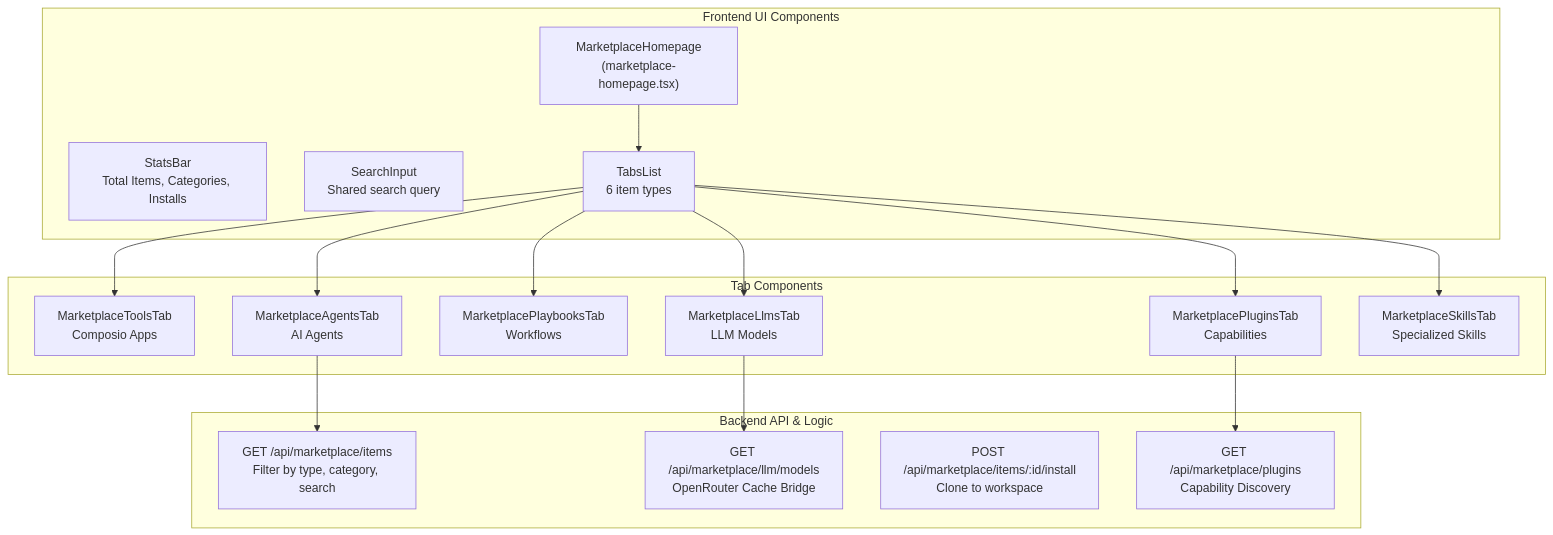
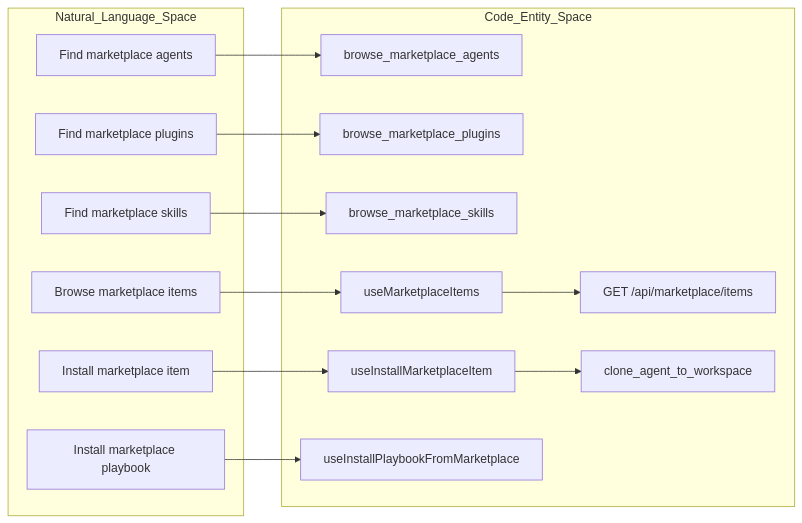
One commit to AutomatosAI/automatos-ai changed the first of 2 diagrams in docs/community-marketplace/browsing-installing-items.md. Above: the diagram before and after it, drawn with Mermaid. The commit also changed other lines of this file and 188 other files, not shown here.

First line of the commit message:
docs: refresh architecture docs and add coverage for new subsystems (#1416)

````diff
--- a/docs/community-marketplace/browsing-installing-items.md
+++ b/docs/community-marketplace/browsing-installing-items.md
@@ -56,37 +52,31 @@
 ```mermaid
-graph TB
-    subgraph "Frontend UI Components"
-        Homepage["MarketplaceHomepage<br/>(marketplace-homepage.tsx)"]
-        StatsBar["StatsBar<br/>Total Items, Categories, Installs"]
-        SearchInput["SearchInput<br/>Shared search query"]
-        TabsList["TabsList<br/>6 item types"]
+flowchart LR
+    subgraph "Natural_Language_Space"
+        Browse["Browse marketplace items"]
+        FindAgent["Find marketplace agents"]
+        FindPlugins["Find marketplace plugins"]
+        FindSkills["Find marketplace skills"]
+        Install["Install marketplace item"]
+        InstallPlaybook["Install marketplace playbook"]
     end
-    
-    subgraph "Tab Components"
-        ToolsTab["MarketplaceToolsTab<br/>Composio Apps"]
-        AgentsTab["MarketplaceAgentsTab<br/>AI Agents"]
-        RecipesTab["MarketplacePlaybooksTab<br/>Workflows"]
-        LlmsTab["MarketplaceLlmsTab<br/>LLM Models"]
-        PluginsTab["MarketplacePluginsTab<br/>Capabilities"]
-        SkillsTab["MarketplaceSkillsTab<br/>Specialized Skills"]
+
+    subgraph "Code_Entity_Space"
+        ItemsRoute["GET /api/marketplace/items"]
+        AgentsHandler["browse_marketplace_agents"]
+        PluginsHandler["browse_marketplace_plugins"]
+        SkillsHandler["browse_marketplace_skills"]
+        ItemsHook["useMarketplaceItems"]
+        InstallHook["useInstallMarketplaceItem"]
+        CloneHelper["clone_agent_to_workspace"]
+        PlaybookHook["useInstallPlaybookFromMarketplace"]
     end
-    
-    subgraph "Backend API & Logic"
-        ListAPI["GET /api/marketplace/items<br/>Filter by type, category, search"]
-        LLM_API["GET /api/marketplace/llm/models<br/>OpenRouter Cache Bridge"]
-        InstallAPI["POST /api/marketplace/items/:id/install<br/>Clone to workspace"]
-        PluginAPI["GET /api/marketplace/plugins<br/>Capability Discovery"]
-    end
-    
-    Homepage --> TabsList
-    TabsList --> ToolsTab
-    TabsList --> AgentsTab
-    TabsList --> RecipesTab
-    TabsList --> LlmsTab
-    TabsList --> PluginsTab
-    TabsList --> SkillsTab
-    
-    AgentsTab --> ListAPI
-    LlmsTab --> LLM_API
-    PluginsTab --> PluginAPI
+
+    Browse --> ItemsHook
+    ItemsHook --> ItemsRoute
+    FindAgent --> AgentsHandler
+    FindPlugins --> PluginsHandler
+    FindSkills --> SkillsHandler
+    Install --> InstallHook
+    InstallHook --> CloneHelper
+    InstallPlaybook --> PlaybookHook
 ```
````
